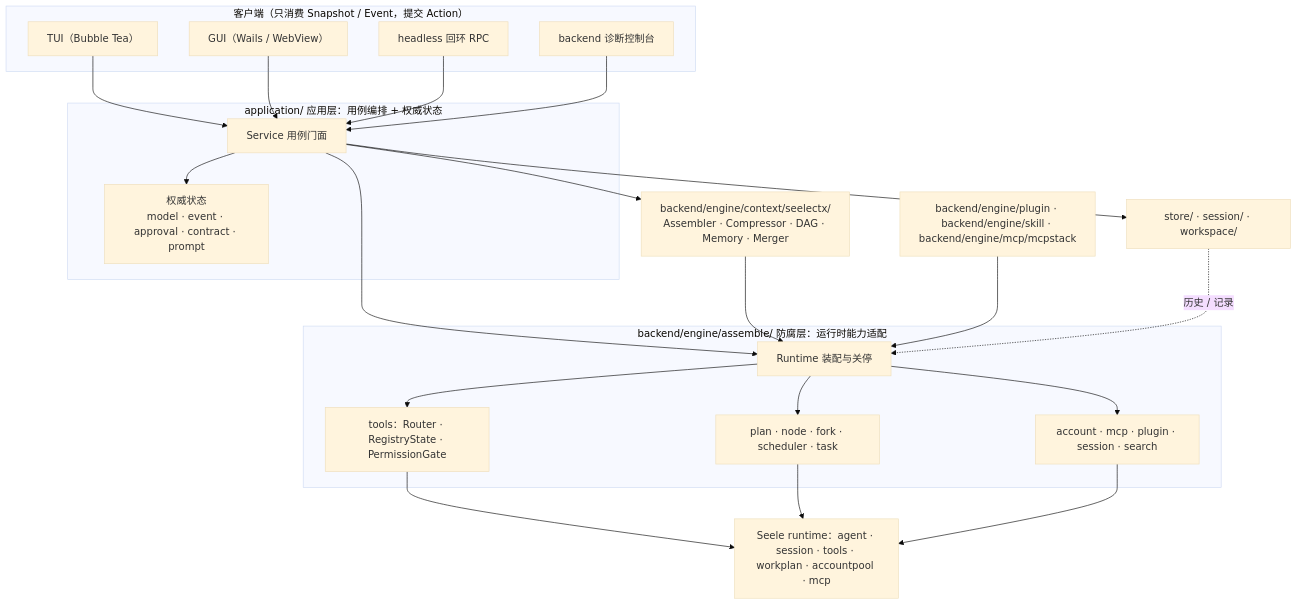
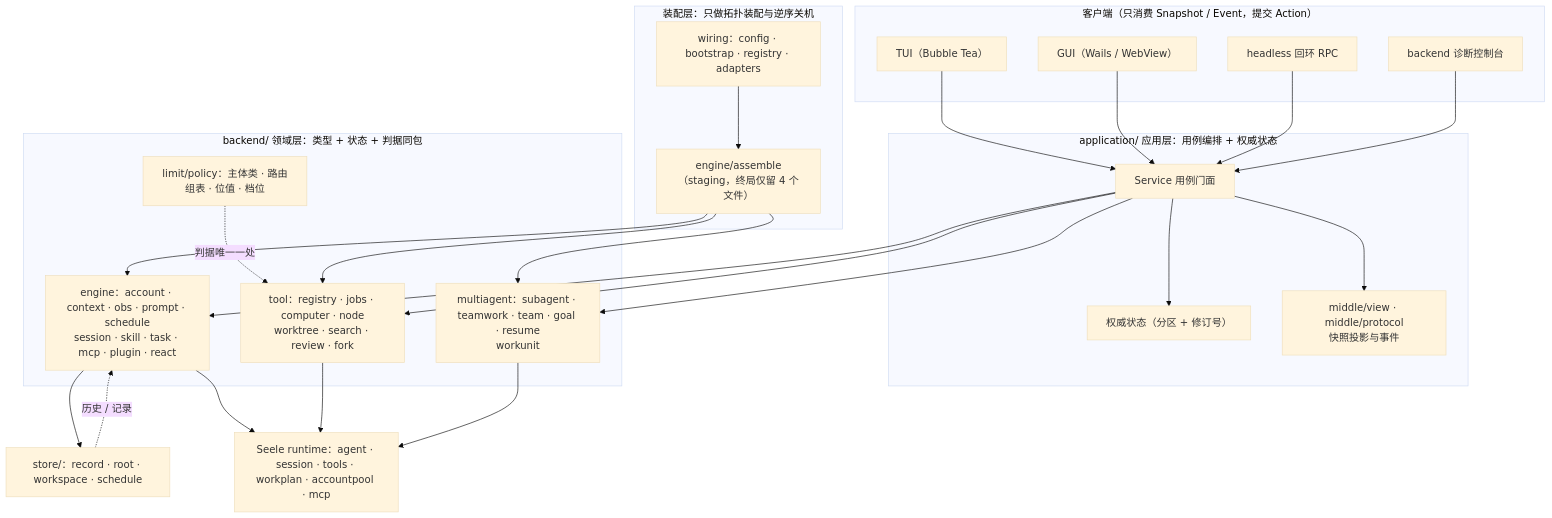
One commit to RedHuang-0622/seelex changed the first of 4 diagrams in README.md. Above: the diagram before and after it, drawn with Mermaid (base theme). The commit also changed other lines of this file and 64 other files, not shown here.

````diff
--- a/README.md
+++ b/README.md
@@ -91,44 +91,50 @@
 ```mermaid
 flowchart TB
     subgraph L1["客户端（只消费 Snapshot / Event，提交 Action）"]
         TUI["TUI（Bubble Tea）"]
         GUI["GUI（Wails / WebView）"]
         HL["headless 回环 RPC"]
         BE["backend 诊断控制台"]
     end
 
     subgraph L2["application/ 应用层：用例编排 + 权威状态"]
         SVC["Service 用例门面"]
-        STATE["权威状态<br/>model · event · approval · contract · prompt"]
+        STATE["权威状态（分区 + 修订号）"]
+        VIEW["middle/view · middle/protocol<br/>快照投影与事件"]
     end
 
-    subgraph L3["backend/engine/assemble/ 防腐层：运行时能力适配"]
-        RT["Runtime 装配与关停"]
-        TOOLS["tools：Router · RegistryState · PermissionGate"]
-        ORCH["plan · node · fork · scheduler · task"]
-        CAP["account · mcp · plugin · session · search"]
+    subgraph L3["backend/ 领域层：类型 + 状态 + 判据同包"]
+        ENG["engine：account · context · obs · prompt · schedule<br/>session · skill · task · mcp · plugin · react"]
+        TOOLD["tool：registry · jobs · computer · node<br/>worktree · search · review · fork"]
+        MA["multiagent：subagent · teamwork · team · goal · resume<br/>workunit"]
+        POL["limit/policy：主体类 · 路由组表 · 位值 · 档位"]
     end
 
-    CTX["backend/engine/context/seelectx/<br/>Assembler · Compressor · DAG · Memory · Merger"]
-    PERSIST["store/ · session/ · workspace/"]
-    EXT["backend/engine/plugin · backend/engine/skill · backend/engine/mcp/mcpstack"]
+    subgraph L4["装配层：只做拓扑装配与逆序关机"]
+        WIRE["wiring：config · bootstrap · registry · adapters"]
+        ASM["engine/assemble（staging，终局仅留 4 个文件）"]
+    end
+
+    STORE["store/：record · root · workspace · schedule"]
     SEELE["Seele runtime：agent · session · tools · workplan · accountpool · mcp"]
 
     TUI --> SVC
     GUI --> SVC
     HL --> SVC
     BE --> SVC
     SVC --> STATE
-    SVC --> RT
-    SVC --> CTX
-    SVC --> PERSIST
-    RT --> TOOLS
-    RT --> ORCH
-    RT --> CAP
-    CTX --> RT
-    EXT --> RT
-    TOOLS --> SEELE
-    ORCH --> SEELE
-    CAP --> SEELE
-    PERSIST -.->|历史 / 记录| RT
+    SVC --> VIEW
+    SVC --> ENG
+    SVC --> TOOLD
+    SVC --> MA
+    POL -.->|判据唯一一处| TOOLD
+    WIRE --> ASM
+    ASM --> ENG
+    ASM --> TOOLD
+    ASM --> MA
+    ENG --> STORE
+    ENG --> SEELE
+    TOOLD --> SEELE
+    MA --> SEELE
+    STORE -.->|历史 / 记录| ENG
 ```
````
